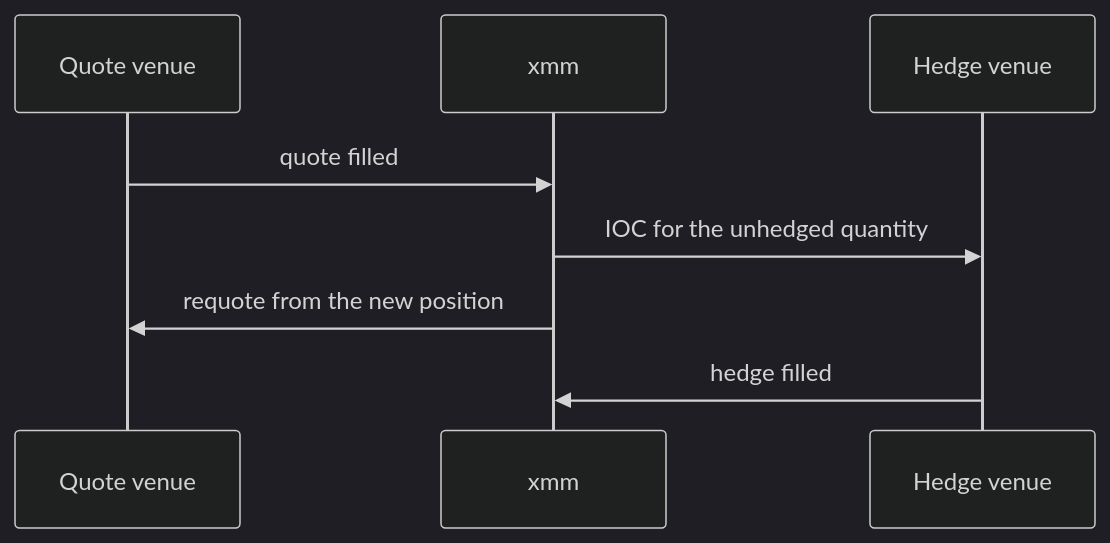
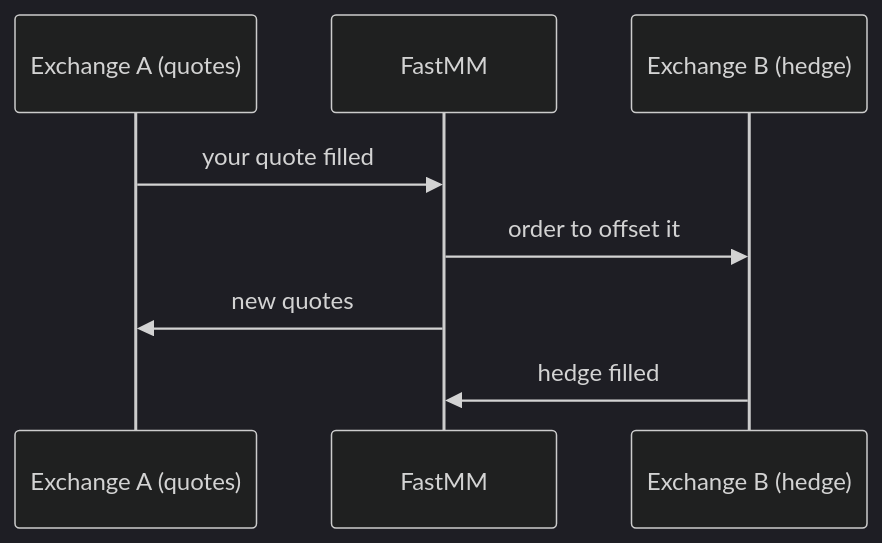
The first of 2 diagrams in README.md (ziyangliu-666/FastMM), drawn with Mermaid (dark theme) before and after one commit. The commit also changed other lines of this file and 1 other file, not shown here.

````diff
--- a/README.md
+++ b/README.md
@@ -75,10 +84,10 @@
 ```mermaid
 sequenceDiagram
-    participant Q as Quote venue
-    participant X as xmm
-    participant H as Hedge venue
-    Q->>X: quote filled
-    X->>H: IOC for the unhedged quantity
-    X->>Q: requote from the new position
+    participant Q as Exchange A (quotes)
+    participant X as FastMM
+    participant H as Exchange B (hedge)
+    Q->>X: your quote filled
+    X->>H: order to offset it
+    X->>Q: new quotes
     H->>X: hedge filled
 ```
````
